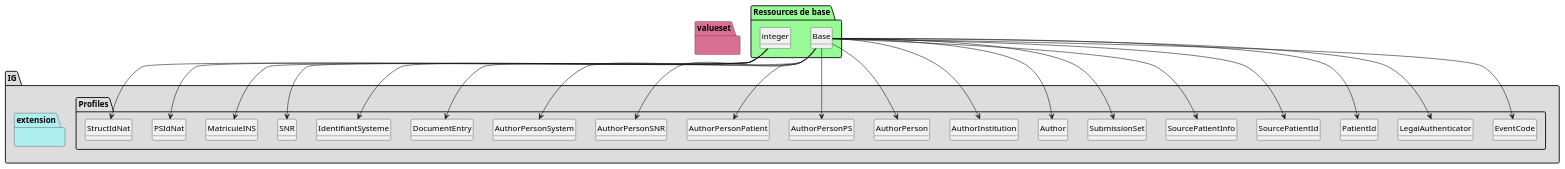
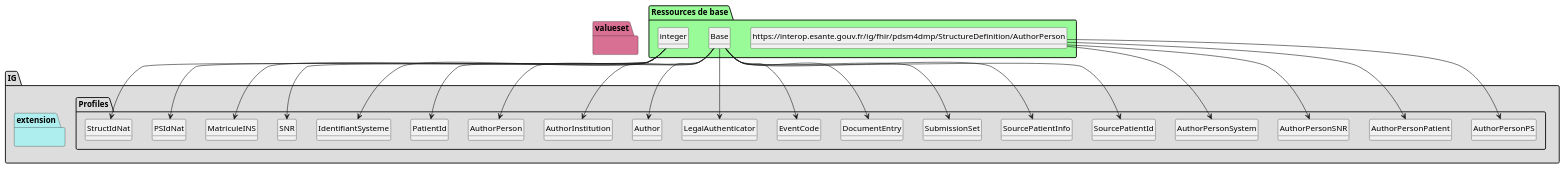
The diagram in add-info-dmp/plantuml/graph.puml (ansforge/IG-FHIR-PDSM4DMP-EEDS), drawn with PlantUML before and after one commit. The commit also changed 339 other files, not shown here.

```diff
--- a/add-info-dmp/plantuml/graph.puml
+++ b/add-info-dmp/plantuml/graph.puml
@@ -19,65 +19,71 @@
         class AuthorInstitution{
 
              AuthorInstitution => [None..None]
-             AuthorInstitution.1 => [1..1]
-             AuthorInstitution.6 => [1..1]
-             AuthorInstitution.7 => [1..1]
-             AuthorInstitution.10 => [1..1]
+             AuthorInstitution.XON1 => [1..1]
+             AuthorInstitution.XON6 => [1..1]
+             AuthorInstitution.XON6.composant1 => [1..1]
+             AuthorInstitution.XON6.composant2 => [1..1]
+             AuthorInstitution.XON6.composant3 => [1..1]
+             AuthorInstitution.XON7 => [1..1]
+             AuthorInstitution.XON10 => [1..1]
         } 
 
         class AuthorPerson{
 
              AuthorPerson => [None..None]
-             AuthorPerson.1 => [1..1]
-             AuthorPerson.2 => [1..1]
-             AuthorPerson.3 => [1..1]
-             AuthorPerson.9 => [1..1]
-             AuthorPerson.10 => [1..1]
-             AuthorPerson.13 => [1..1]
+             AuthorPerson.XCN1 => [1..1]
+             AuthorPerson.XCN2 => [1..1]
+             AuthorPerson.XCN3 => [1..1]
+             AuthorPerson.XCN9 => [1..1]
+             AuthorPerson.XCN9.composant1 => [1..1]
+             AuthorPerson.XCN9.composant2 => [1..1]
+             AuthorPerson.XCN9.composant3 => [1..1]
+             AuthorPerson.XCN10 => [1..1]
+             AuthorPerson.XCN13 => [1..1]
         } 
 
         class AuthorPersonPS{
 
              AuthorPersonPS => [None..None]
-             AuthorPersonPS.1 => [1..1]
-             AuthorPersonPS.2 => [1..1]
-             AuthorPersonPS.3 => [1..1]
-             AuthorPersonPS.9 => [1..1]
-             AuthorPersonPS.10 => [1..1]
-             AuthorPersonPS.13 => [1..1]
+             AuthorPersonPS.XCN1 => [None..None]
+             AuthorPersonPS.XCN2 => [None..None]
+             AuthorPersonPS.XCN3 => [None..None]
+             AuthorPersonPS.XCN9.composant2 => [None..None]
+             AuthorPersonPS.XCN10 => [None..None]
+             AuthorPersonPS.XCN13 => [None..None]
         } 
 
         class AuthorPersonPatient{
 
              AuthorPersonPatient => [None..None]
-             AuthorPersonPatient.1 => [1..1]
-             AuthorPersonPatient.2 => [1..1]
-             AuthorPersonPatient.3 => [1..1]
-             AuthorPersonPatient.9 => [1..1]
-             AuthorPersonPatient.10 => [1..1]
-             AuthorPersonPatient.13 => [1..1]
+             AuthorPersonPatient.XCN1 => [None..None]
+             AuthorPersonPatient.XCN2 => [None..None]
+             AuthorPersonPatient.XCN3 => [None..None]
+             AuthorPersonPatient.XCN9.composant2 => [None..None]
+             AuthorPersonPatient.XCN10 => [None..None]
+             AuthorPersonPatient.XCN13 => [None..None]
         } 
 
         class AuthorPersonSNR{
 
              AuthorPersonSNR => [None..None]
-             AuthorPersonSNR.1 => [1..1]
-             AuthorPersonSNR.2 => [1..1]
-             AuthorPersonSNR.3 => [1..1]
-             AuthorPersonSNR.9 => [1..1]
-             AuthorPersonSNR.10 => [1..1]
-             AuthorPersonSNR.13 => [1..1]
+             AuthorPersonSNR.XCN1 => [None..None]
+             AuthorPersonSNR.XCN2 => [None..None]
+             AuthorPersonSNR.XCN3 => [None..None]
+             AuthorPersonSNR.XCN9.composant2 => [None..None]
+             AuthorPersonSNR.XCN10 => [None..None]
+             AuthorPersonSNR.XCN13 => [None..None]
         } 
 
         class AuthorPersonSystem{
 
              AuthorPersonSystem => [None..None]
-             AuthorPersonSystem.1 => [1..1]
-             AuthorPersonSystem.2 => [1..1]
-             AuthorPersonSystem.3 => [1..1]
-             AuthorPersonSystem.9 => [1..1]
-             AuthorPersonSystem.10 => [1..1]
-             AuthorPersonSystem.13 => [1..1]
+             AuthorPersonSystem.XCN1 => [None..None]
+             AuthorPersonSystem.XCN2 => [None..None]
+             AuthorPersonSystem.XCN3 => [None..None]
+             AuthorPersonSystem.XCN9.composant2 => [None..None]
+             AuthorPersonSystem.XCN10 => [None..None]
+             AuthorPersonSystem.XCN13 => [None..None]
         } 
 
         class DocumentEntry{
@@ -132,12 +138,12 @@
         class LegalAuthenticator{
 
              LegalAuthenticator => [None..None]
-             LegalAuthenticator.1 => [1..1]
-             LegalAuthenticator.2 => [1..1]
-             LegalAuthenticator.3 => [1..1]
-             LegalAuthenticator.9 => [1..1]
-             LegalAuthenticator.10 => [1..1]
-             LegalAuthenticator.13 => [1..1]
+             LegalAuthenticator.XCN1 => [1..1]
+             LegalAuthenticator.XCN2 => [1..1]
+             LegalAuthenticator.XCN3 => [1..1]
+             LegalAuthenticator.XCN9 => [1..1]
+             LegalAuthenticator.XCN10 => [1..1]
+             LegalAuthenticator.XCN13 => [1..1]
         } 
 
         class MatriculeINS{
@@ -151,9 +157,9 @@
         class PatientId{
 
              PatientId => [None..None]
-             PatientId.1 => [1..1]
-             PatientId.4 => [1..1]
-             PatientId.5 => [1..1]
+             PatientId.CX1 => [1..1]
+             PatientId.CX4 => [1..1]
+             PatientId.CX5 => [1..1]
         } 
 
         class SNR{
@@ -163,26 +169,25 @@
         class SourcePatientId{
 
              SourcePatientId => [None..None]
-             SourcePatientId.1 => [1..1]
-             SourcePatientId.4 => [1..1]
-             SourcePatientId.5 => [1..1]
+             SourcePatientId.CX1 => [1..1]
+             SourcePatientId.CX4 => [1..1]
+             SourcePatientId.CX5 => [1..1]
         } 
 
         class SourcePatientInfo{
 
              SourcePatientInfo => [None..None]
-             SourcePatientInfo.PID => [1..1]
-             SourcePatientInfo.PID.3 => [0..1]
-             SourcePatientInfo.PID.5 => [1..*]
-             SourcePatientInfo.PID.7 => [0..1]
-             SourcePatientInfo.PID.8 => [0..1]
-             SourcePatientInfo.PID.11 => [0..1]
-             SourcePatientInfo.PID.13 => [0..1]
-             SourcePatientInfo.PID.14 => [0..1]
-             SourcePatientInfo.PID.15 => [0..1]
-             SourcePatientInfo.PID.16 => [0..1]
-             SourcePatientInfo.PID.18 => [0..1]
-             SourcePatientInfo.PID.21 => [0..1]
+             SourcePatientInfo.PID3 => [0..1]
+             SourcePatientInfo.PID5 => [1..*]
+             SourcePatientInfo.PID7 => [0..1]
+             SourcePatientInfo.PID8 => [0..1]
+             SourcePatientInfo.PID11 => [0..1]
+             SourcePatientInfo.PID13 => [0..1]
+             SourcePatientInfo.PID14 => [0..1]
+             SourcePatientInfo.PID15 => [0..1]
+             SourcePatientInfo.PID16 => [0..1]
+             SourcePatientInfo.PID18 => [0..1]
+             SourcePatientInfo.PID21 => [0..1]
         } 
 
         class StructIdNat{
@@ -229,21 +234,21 @@
 
     class095a1b43effec73955e31e790438de49 --> AuthorPerson
 
- class "Base" as  class095a1b43effec73955e31e790438de49 
+ class "https://interop.esante.gouv.fr/ig/fhir/pdsm4dmp/StructureDefinition/AuthorPerson" as  class13efa5e33f55644d6cfbc450d7ab19ac 
 
-    class095a1b43effec73955e31e790438de49 --> AuthorPersonPS
+    class13efa5e33f55644d6cfbc450d7ab19ac --> AuthorPersonPS
 
- class "Base" as  class095a1b43effec73955e31e790438de49 
+ class "https://interop.esante.gouv.fr/ig/fhir/pdsm4dmp/StructureDefinition/AuthorPerson" as  class13efa5e33f55644d6cfbc450d7ab19ac 
 
-    class095a1b43effec73955e31e790438de49 --> AuthorPersonPatient
+    class13efa5e33f55644d6cfbc450d7ab19ac --> AuthorPersonPatient
 
- class "Base" as  class095a1b43effec73955e31e790438de49 
+ class "https://interop.esante.gouv.fr/ig/fhir/pdsm4dmp/StructureDefinition/AuthorPerson" as  class13efa5e33f55644d6cfbc450d7ab19ac 
 
-    class095a1b43effec73955e31e790438de49 --> AuthorPersonSNR
+    class13efa5e33f55644d6cfbc450d7ab19ac --> AuthorPersonSNR
 
- class "Base" as  class095a1b43effec73955e31e790438de49 
+ class "https://interop.esante.gouv.fr/ig/fhir/pdsm4dmp/StructureDefinition/AuthorPerson" as  class13efa5e33f55644d6cfbc450d7ab19ac 
 
-    class095a1b43effec73955e31e790438de49 --> AuthorPersonSystem
+    class13efa5e33f55644d6cfbc450d7ab19ac --> AuthorPersonSystem
 
  class "Base" as  class095a1b43effec73955e31e790438de49 
 
```
